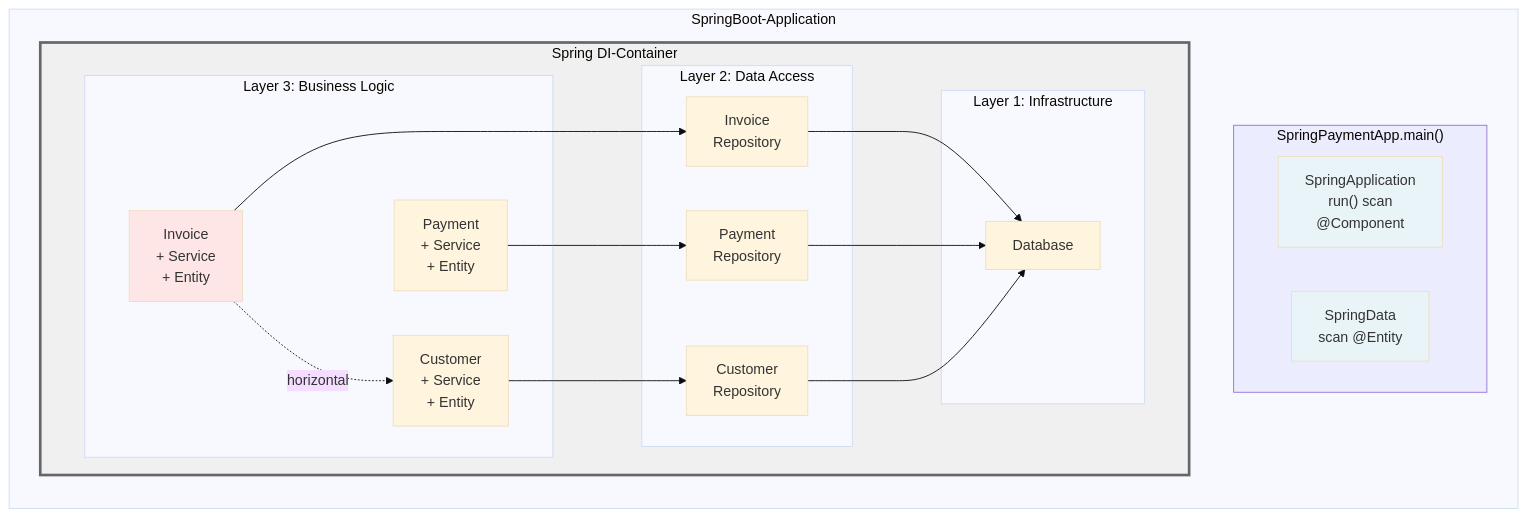
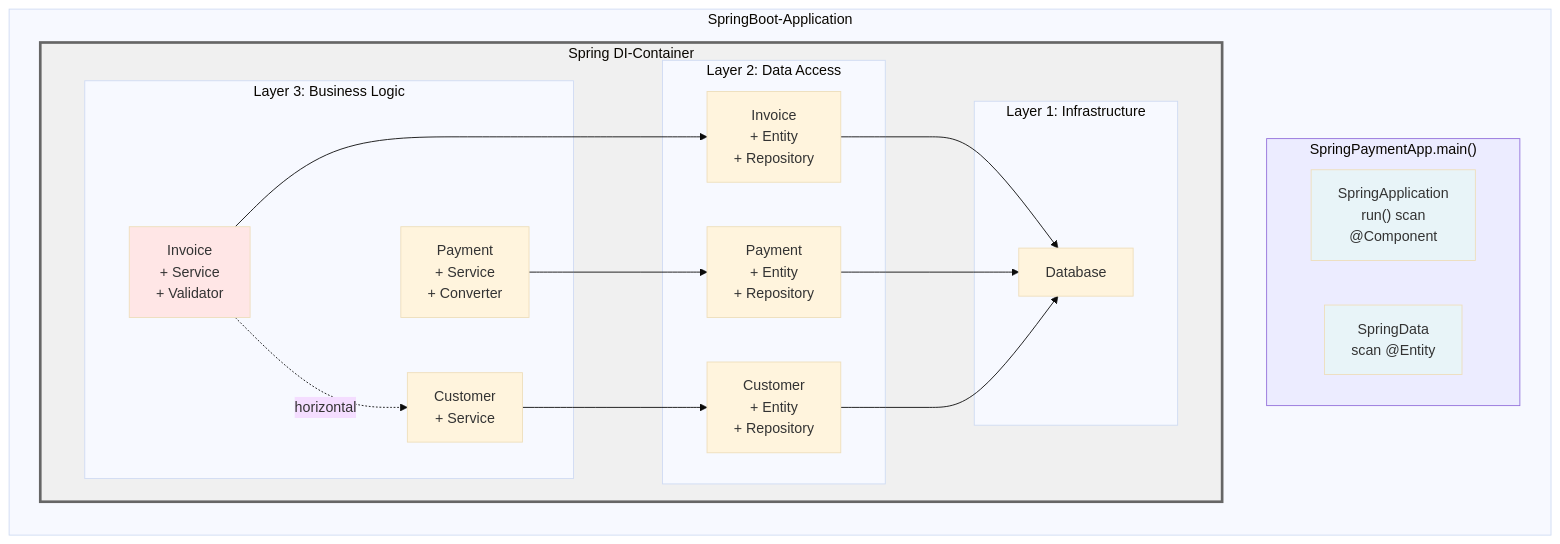
The second of 5 diagrams in blog/000_system_composition_de.md (andreas-wagner-dev/object-oriented-learning-journey), drawn with Mermaid (base theme) before and after one commit. The commit also changed other lines of this file, not shown here.

````diff
--- a/blog/000_system_composition_de.md
+++ b/blog/000_system_composition_de.md
@@ -146,50 +147,50 @@
 ```mermaid
 graph LR
 
     subgraph LR Spring["SpringBoot-Application"]
 
         subgraph Magic["SpringPaymentApp.main()"]
             App["SpringApplication<br>run() scan<br/>@Component"]
             ORM["SpringData<br>scan @Entity"]
         end
 
         subgraph Container["Spring DI-Container"]
       
             subgraph L3["Layer 3: Business Logic"]
-                Invoice["Invoice<br/>+ Service<br/>+ Entity"]
-                Payment["Payment<br/>+ Service<br/>+ Entity"]
-                Customer["Customer<br/>+ Service<br/>+ Entity"]
+                Customer["Customer<br/>+ Service"]
+                Invoice["Invoice<br/>+ Service<br/>+ Validator"]
+                Payment["Payment<br/>+ Service<br/>+ Converter"]
             end
 
             subgraph L2["Layer 2: Data Access"]
-                InvoiceRepo["Invoice<br/>Repository"]
-                PaymentRepo["Payment<br/>Repository"]
-                CustomerRepo["Customer<br/>Repository"]
+                CustomerRepo["Customer<br/>+ Entity<br/>+ Repository"]
+                InvoiceRepo["Invoice<br/>+ Entity<br/>+ Repository"]
+                PaymentRepo["Payment<br/>+ Entity<br/>+ Repository"]
             end
 
             subgraph L1["Layer 1: Infrastructure"]
                 DB[Database]
             end
 
         end
 
     end
 
     Invoice --> InvoiceRepo
     Invoice -.->|horizontal| Customer
 
     Payment --> PaymentRepo
 
     Customer --> CustomerRepo
 
     InvoiceRepo --> DB
     PaymentRepo --> DB
     CustomerRepo --> DB
 
     style Invoice fill:#ffe6e6
     style App fill:#e8f4f8
     style ORM fill:#e8f4f8
     style Container fill:#f0f0f0,stroke:#666,stroke-width:3px
     style Magic fill:#ececff,stroke:#9370db
 
 ```
````
